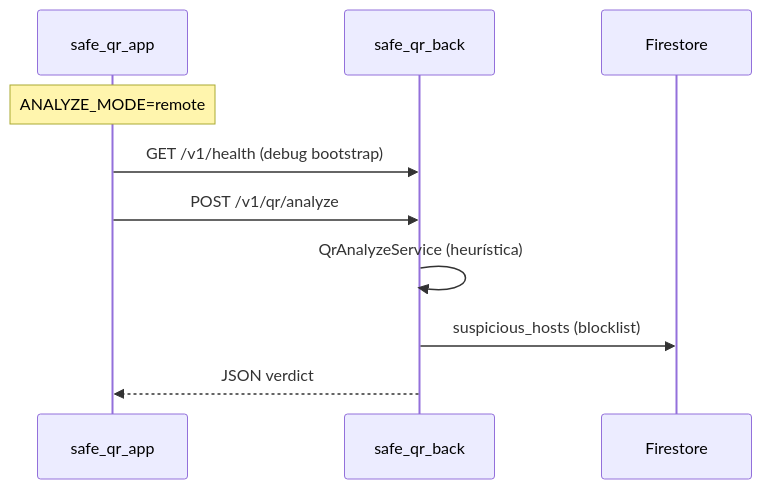
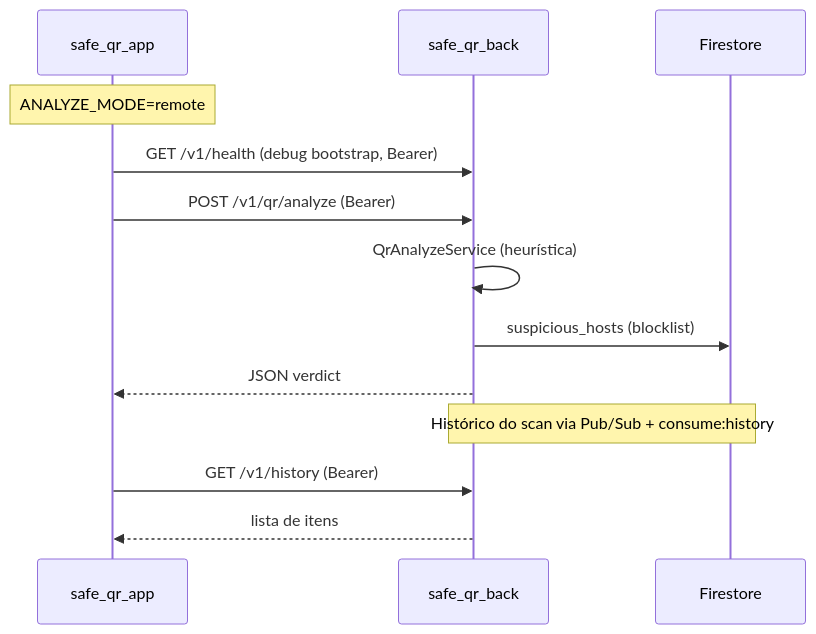
Before and after one commit to AndreWar10/SafeQR: the diagram in safe_qr_app/docs/07-api-integracao.md, drawn with Mermaid. The commit also changed other lines of this file and 25 other files, not shown here.

Commit message:
feat: enhance Safe QR app with Bearer JWT authentication for remote API calls and update documentation for local and remote history management

````diff
--- a/safe_qr_app/docs/07-api-integracao.md
+++ b/safe_qr_app/docs/07-api-integracao.md
@@ -7,13 +7,16 @@
 ```mermaid
 sequenceDiagram
   participant App as safe_qr_app
   participant API as safe_qr_back
   participant FS as Firestore
 
   Note over App: ANALYZE_MODE=remote
-  App->>API: GET /v1/health (debug bootstrap)
-  App->>API: POST /v1/qr/analyze
+  App->>API: GET /v1/health (debug bootstrap, Bearer)
+  App->>API: POST /v1/qr/analyze (Bearer)
   API->>API: QrAnalyzeService (heurística)
   API->>FS: suspicious_hosts (blocklist)
   API-->>App: JSON verdict
+  Note over API,FS: Histórico do scan via Pub/Sub + consume:history
+  App->>API: GET /v1/history (Bearer)
+  API-->>App: lista de itens
 ```
````
